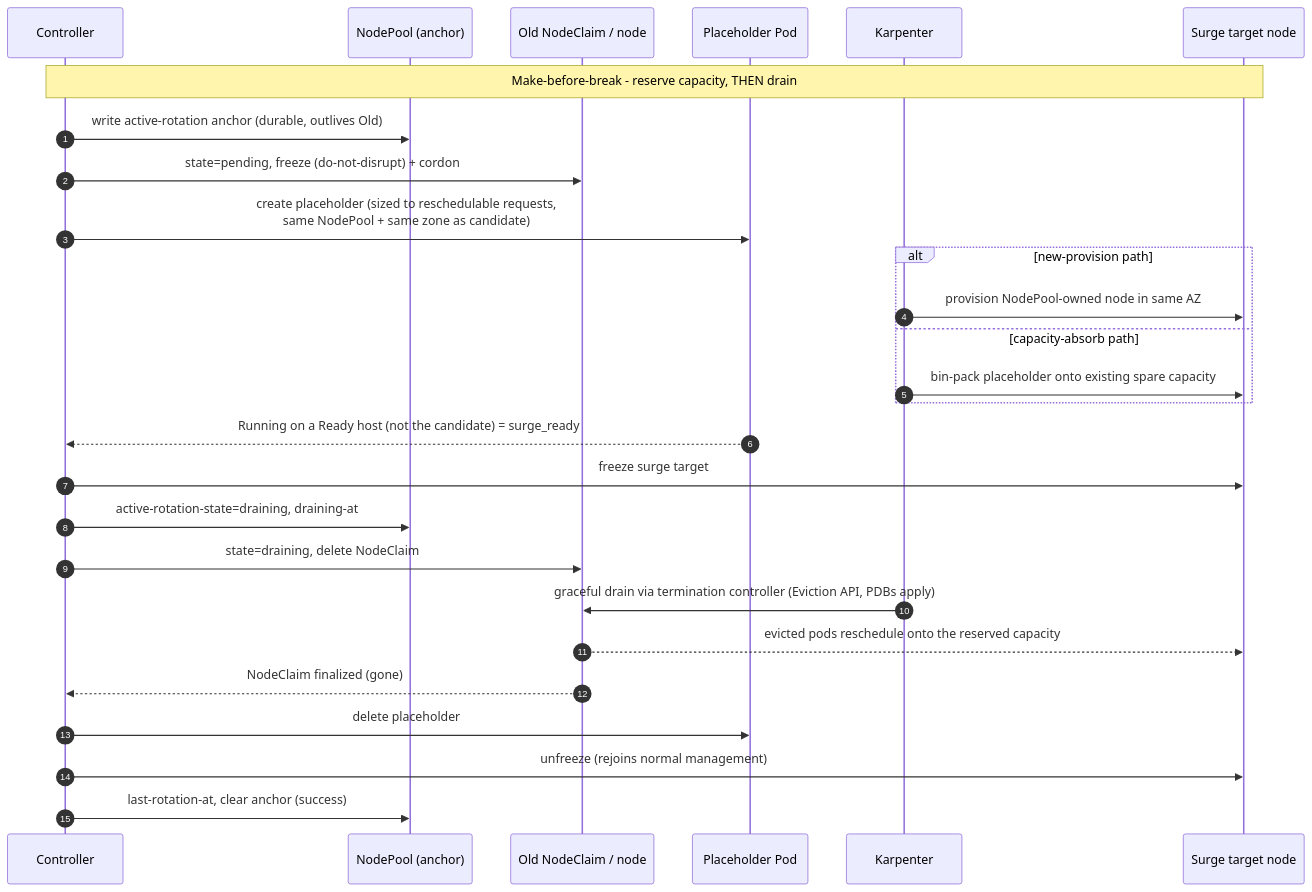
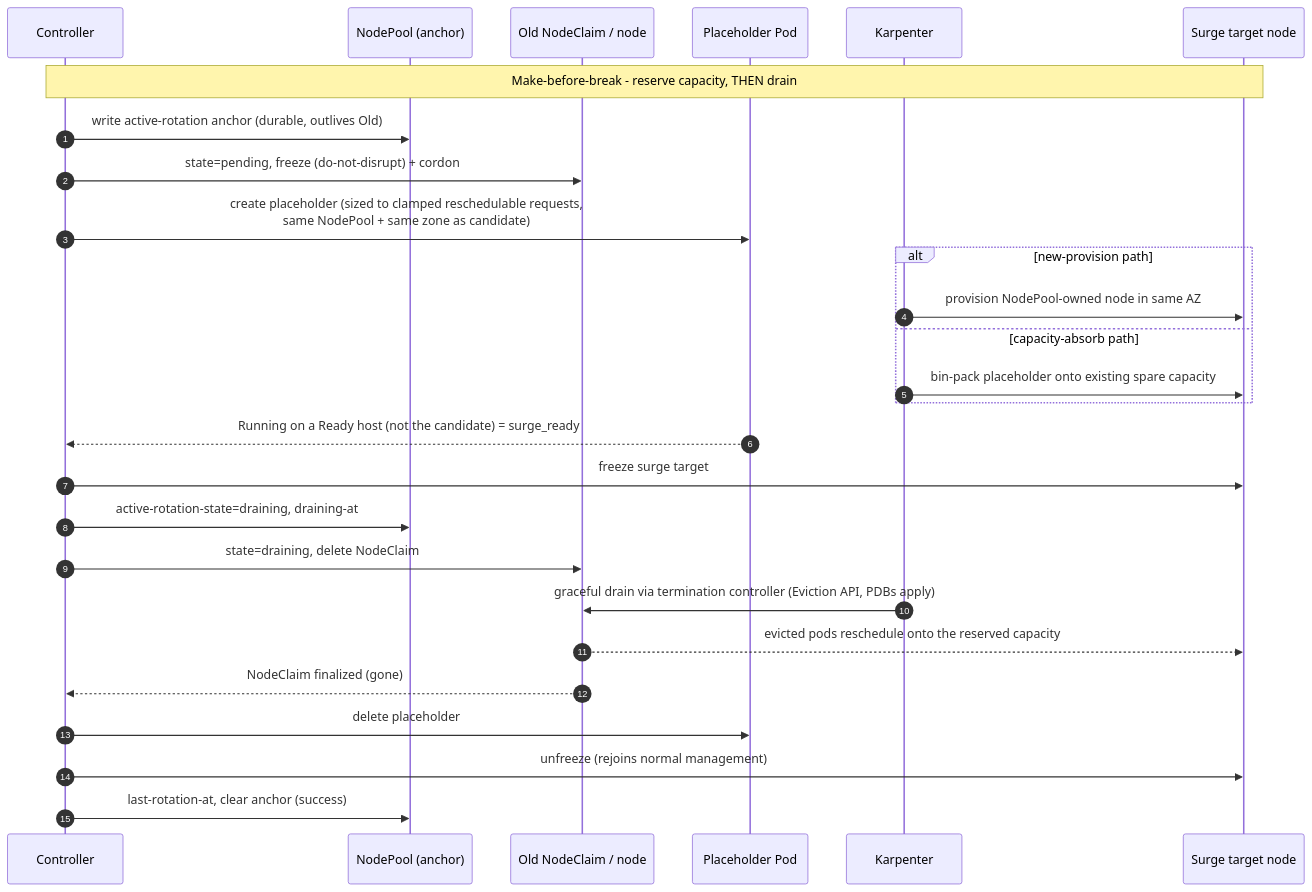
The second of 2 diagrams in docs/specification/03-design.md (AkashiSN/node-rotation-controller), drawn with Mermaid before and after one commit. The commit also changed other lines of this file and 11 other files, not shown here.

Commit message:
fix(surge): clamp placeholder requests to NodeClaim.status.allocatable (#227)

````diff
--- a/docs/specification/03-design.md
+++ b/docs/specification/03-design.md
@@ -167,30 +185,30 @@
 ```mermaid
 sequenceDiagram
     autonumber
     participant C as Controller
     participant NP as NodePool (anchor)
     participant Old as Old NodeClaim / node
     participant PH as Placeholder Pod
     participant K as Karpenter
     participant New as Surge target node
 
     Note over C,New: Make-before-break - reserve capacity, THEN drain
     C->>NP: write active-rotation anchor (durable, outlives Old)
     C->>Old: state=pending, freeze (do-not-disrupt) + cordon
-    C->>PH: create placeholder (sized to reschedulable requests,<br/>same NodePool + same zone as candidate)
+    C->>PH: create placeholder (sized to clamped reschedulable requests,<br/>same NodePool + same zone as candidate)
     alt new-provision path
         K->>New: provision NodePool-owned node in same AZ
     else capacity-absorb path
         K->>New: bin-pack placeholder onto existing spare capacity
     end
     PH-->>C: Running on a Ready host (not the candidate) = surge_ready
     C->>New: freeze surge target
     C->>NP: active-rotation-state=draining, draining-at
     C->>Old: state=draining, delete NodeClaim
     K->>Old: graceful drain via termination controller (Eviction API, PDBs apply)
     Old-->>New: evicted pods reschedule onto the reserved capacity
     Old-->>C: NodeClaim finalized (gone)
     C->>PH: delete placeholder
     C->>New: unfreeze (rejoins normal management)
     C->>NP: last-rotation-at, clear anchor (success)
 ```
````
